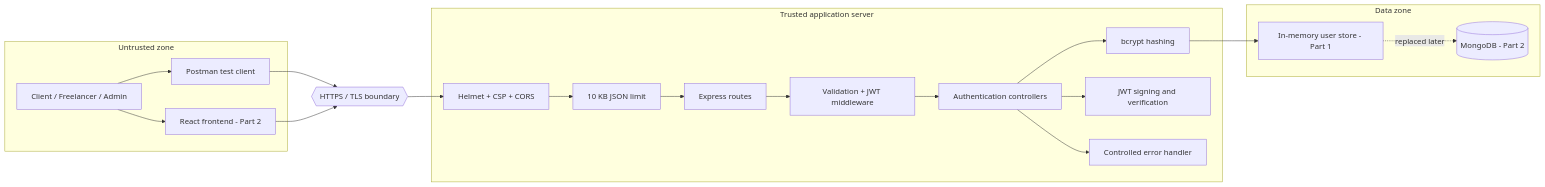
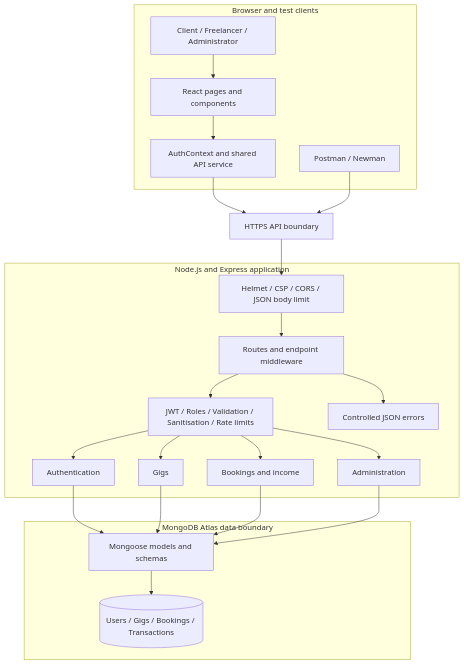
Before and after one commit to ST10437403-JamesMaherry/HustleHub-Plus: the diagram in README.md, drawn with Mermaid. The commit also changed other lines of this file, not shown here.

````diff
--- a/README.md
+++ b/README.md
@@ -41,35 +57,43 @@
 ```mermaid
-flowchart LR
-    subgraph U["Untrusted zone"]
-        USERS["Client / Freelancer / Admin"]
-        POSTMAN["Postman test client"]
-        REACT["React frontend - Part 2"]
+flowchart TB
+    subgraph BROWSER["Browser and test clients"]
+        USER["Client / Freelancer / Administrator"]
+        REACT["React pages and components"]
+        AUTH["AuthContext and shared API service"]
+        TESTS["Postman / Newman"]
+        USER --> REACT --> AUTH
     end
 
-    TLS{{"HTTPS / TLS boundary"}}
+    TLS["HTTPS API boundary"]
 
-    subgraph A["Trusted application server"]
-        SEC["Helmet + CSP + CORS"]
-        BODY["10 KB JSON limit"]
-        ROUTES["Express routes"]
-        VALIDATE["Validation + JWT middleware"]
-        CTRL["Authentication controllers"]
-        BCRYPT["bcrypt hashing"]
-        JWT["JWT signing and verification"]
-        ERR["Controlled error handler"]
+    subgraph SERVER["Node.js and Express application"]
+        HTTP["Helmet / CSP / CORS / JSON body limit"]
+        ROUTES["Routes and endpoint middleware"]
+        GUARDS["JWT / Roles / Validation / Sanitisation / Rate limits"]
+        AUTHCTRL["Authentication"]
+        GIGCTRL["Gigs"]
+        MONEYCTRL["Bookings and income"]
+        ADMINCTRL["Administration"]
+        ERRORS["Controlled JSON errors"]
+        HTTP --> ROUTES --> GUARDS
+        GUARDS --> AUTHCTRL
+        GUARDS --> GIGCTRL
+        GUARDS --> MONEYCTRL
+        GUARDS --> ADMINCTRL
+        ROUTES --> ERRORS
     end
 
-    subgraph D["Data zone"]
-        MEMORY["In-memory user store - Part 1"]
-        MONGO[("MongoDB - Part 2")]
+    subgraph DATA["MongoDB Atlas data boundary"]
+        MODELS["Mongoose models and schemas"]
+        DATABASE[("Users / Gigs / Bookings / Transactions")]
+        MODELS --> DATABASE
     end
 
-    USERS --> POSTMAN
-    USERS --> REACT
-    POSTMAN --> TLS --> SEC --> BODY --> ROUTES --> VALIDATE --> CTRL
-    REACT --> TLS
-    CTRL --> BCRYPT --> MEMORY
-    CTRL --> JWT
-    CTRL --> ERR
-    MEMORY -.->|"replaced later"| MONGO
+    AUTH --> TLS
+    TESTS --> TLS
+    TLS --> HTTP
+    AUTHCTRL --> MODELS
+    GIGCTRL --> MODELS
+    MONEYCTRL --> MODELS
+    ADMINCTRL --> MODELS
 ```
````
